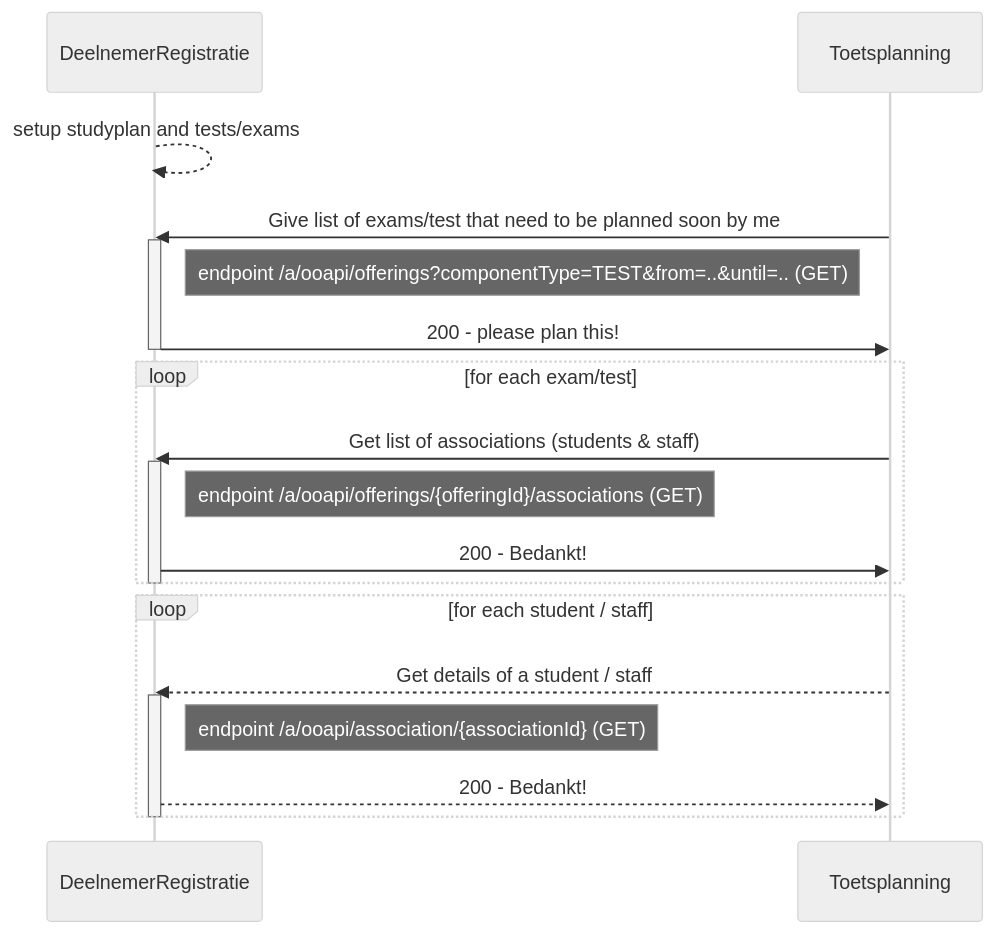
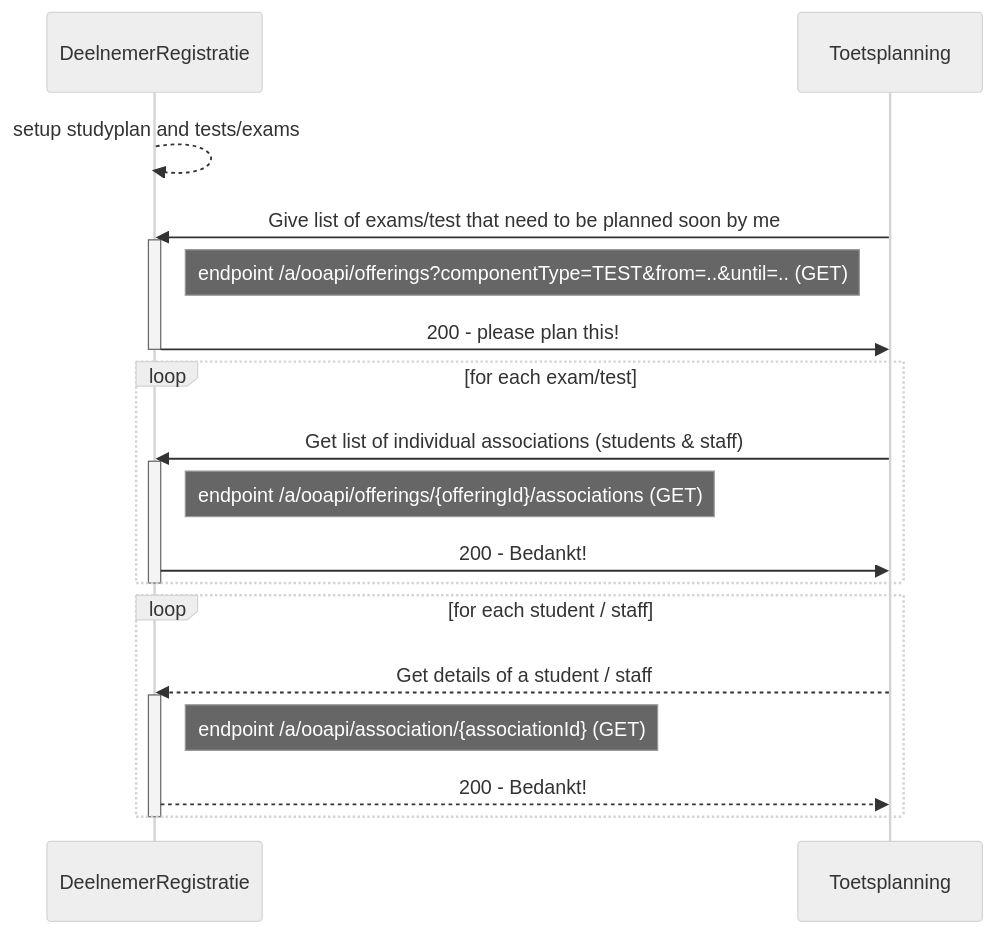
One commit to NetwerkExamineringDigitalisering/NED-OOAPI changed the first of 7 diagrams in doc/flow1.md. Above: the diagram before and after it, drawn with Mermaid (neutral theme). The commit also changed other lines of this file, not shown here.

First line of the commit message:
Update flow1.md

````diff
--- a/doc/flow1.md
+++ b/doc/flow1.md
@@ -66,28 +66,28 @@
 ```mermaid
 sequenceDiagram
     participant DeelnemerRegistratie
     participant Toetsplanning
     DeelnemerRegistratie-->>DeelnemerRegistratie: setup studyplan and tests/exams
     Toetsplanning->>DeelnemerRegistratie : Give list of exams/test that need to be planned soon by me
     activate DeelnemerRegistratie
     Note right of DeelnemerRegistratie: endpoint /a/ooapi/offerings?componentType=TEST&from=..&until=.. (GET)
     DeelnemerRegistratie->>Toetsplanning : 200 - please plan this!
     deactivate DeelnemerRegistratie
 
     loop for each exam/test
-        Toetsplanning->>DeelnemerRegistratie: Get list of associations (students & staff)
+        Toetsplanning->>DeelnemerRegistratie: Get list of individual associations (students & staff)
         activate DeelnemerRegistratie
         Note right of DeelnemerRegistratie: endpoint /a/ooapi/offerings/{offeringId}/associations (GET)
         DeelnemerRegistratie->>Toetsplanning: 200 - Bedankt!
     end
     deactivate DeelnemerRegistratie
 
     loop for each student / staff
         Toetsplanning-->>DeelnemerRegistratie: Get details of a student / staff
         activate DeelnemerRegistratie
         Note right of DeelnemerRegistratie: endpoint /a/ooapi/association/{associationId} (GET)
         DeelnemerRegistratie-->>Toetsplanning: 200 - Bedankt!
     end
     deactivate DeelnemerRegistratie
 
 ```
````
